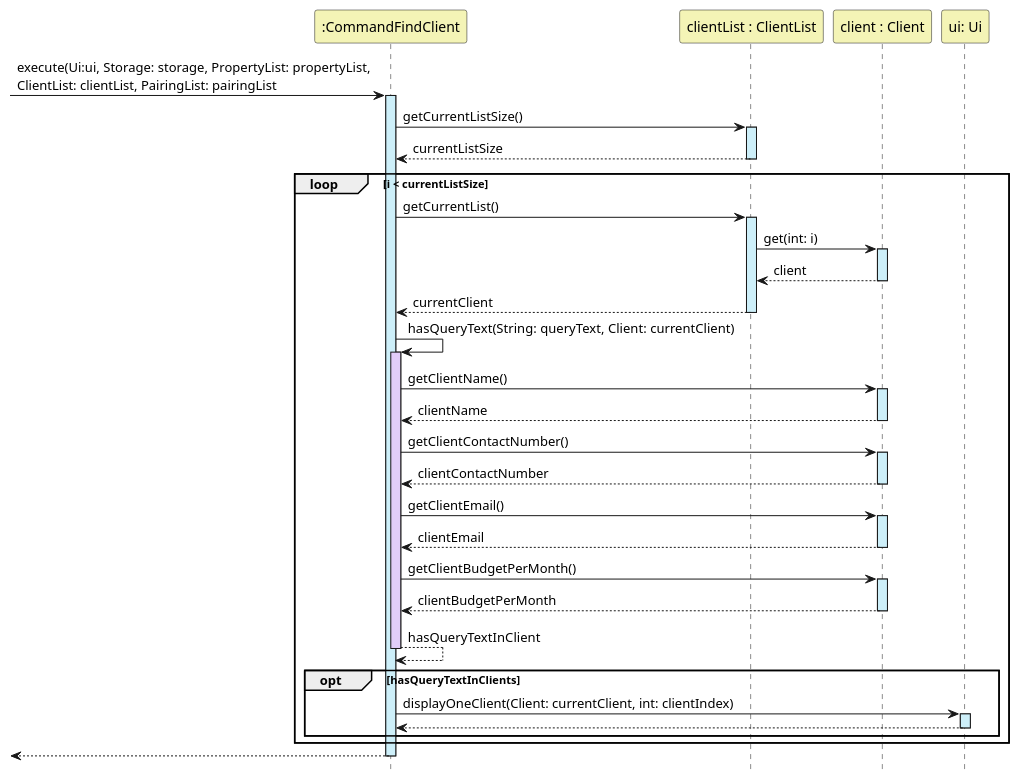
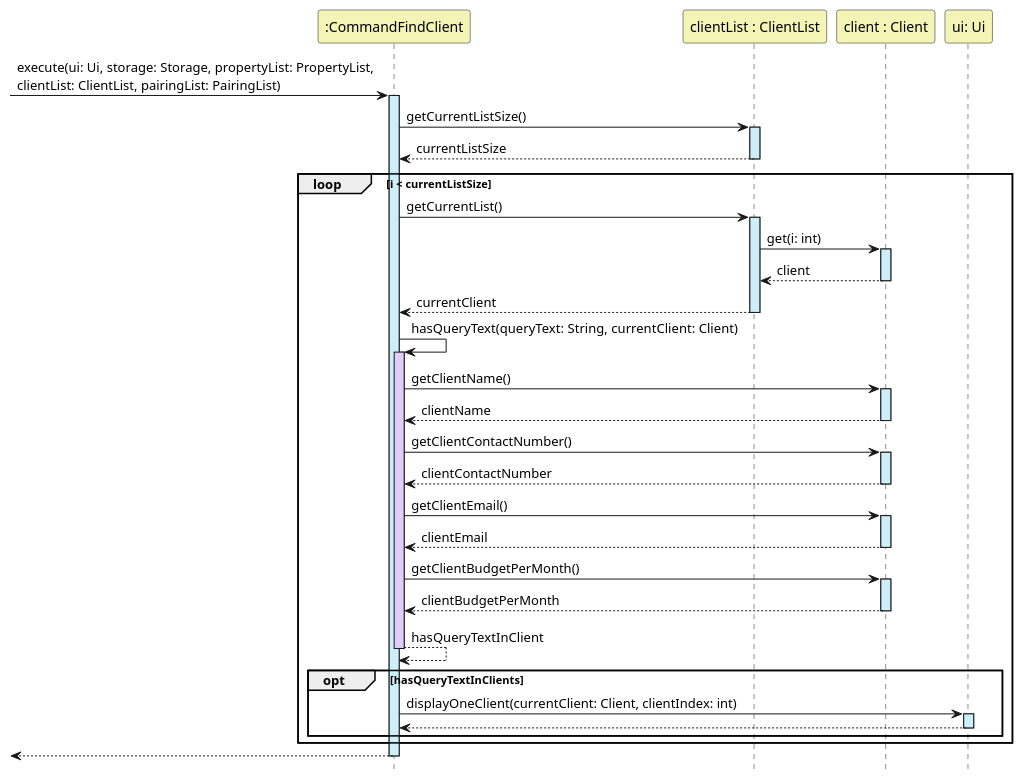
One commit to nus-cs2113-AY2223S1/tp changed the diagram in docs/diagrams/PlantUML File/FindClientSequenceDiagram.puml. Above: the diagram before and after it, drawn with PlantUML. The commit also changed 16 other files, not shown here.

Commit message:
Update Developer Guide with Find feature and fix incorrect UML diagram

```diff
--- a/docs/diagrams/PlantUML File/FindClientSequenceDiagram.puml
+++ b/docs/diagrams/PlantUML File/FindClientSequenceDiagram.puml
@@ -1,51 +1,51 @@
 @startuml
 
 hide footbox
 
 Participant ":CommandFindClient" as CommandFindClient #F4F4B6
 Participant "clientList : ClientList" as ClientList #F4F4B6
 Participant "client : Client" as Client #F4F4B6
 Participant "ui: Ui" as Ui #F4F4B6
 
-->CommandFindClient:execute(Ui:ui, Storage: storage, PropertyList: propertyList, \nClientList: clientList, PairingList: pairingList
+->CommandFindClient:execute(ui: Ui, storage: Storage, propertyList: PropertyList, \nclientList: ClientList, pairingList: PairingList)
 activate CommandFindClient #CDEFF9
 
 CommandFindClient->ClientList:getCurrentListSize()
 activate ClientList #CDEFF9
 return currentListSize
 
     loop i < currentListSize
         CommandFindClient->ClientList:getCurrentList()
         activate ClientList #CDEFF9
-        ClientList->Client:get(int: i)
+        ClientList->Client:get(i: int)
         activate Client #CDEFF9
         return client
         return currentClient
 
-        CommandFindClient->CommandFindClient:hasQueryText(String: queryText, Client: currentClient)
+        CommandFindClient->CommandFindClient:hasQueryText(queryText: String, currentClient: Client)
         activate CommandFindClient #E2CDF9
         CommandFindClient -> Client:getClientName()
         activate Client #CDEFF9
         return clientName
 
         CommandFindClient -> Client:getClientContactNumber()
         activate Client #CDEFF9
         return clientContactNumber
 
         CommandFindClient -> Client:getClientEmail()
         activate Client #CDEFF9
         return clientEmail
 
         CommandFindClient -> Client:getClientBudgetPerMonth()
         activate Client #CDEFF9
         return clientBudgetPerMonth
 
         return hasQueryTextInClient
         opt hasQueryTextInClients
-            CommandFindClient->Ui:displayOneClient(Client: currentClient, int: clientIndex)
+            CommandFindClient->Ui:displayOneClient(currentClient: Client, clientIndex: int)
             activate Ui #CDEFF9
             return
         end
     end
     return
 @enduml
```
